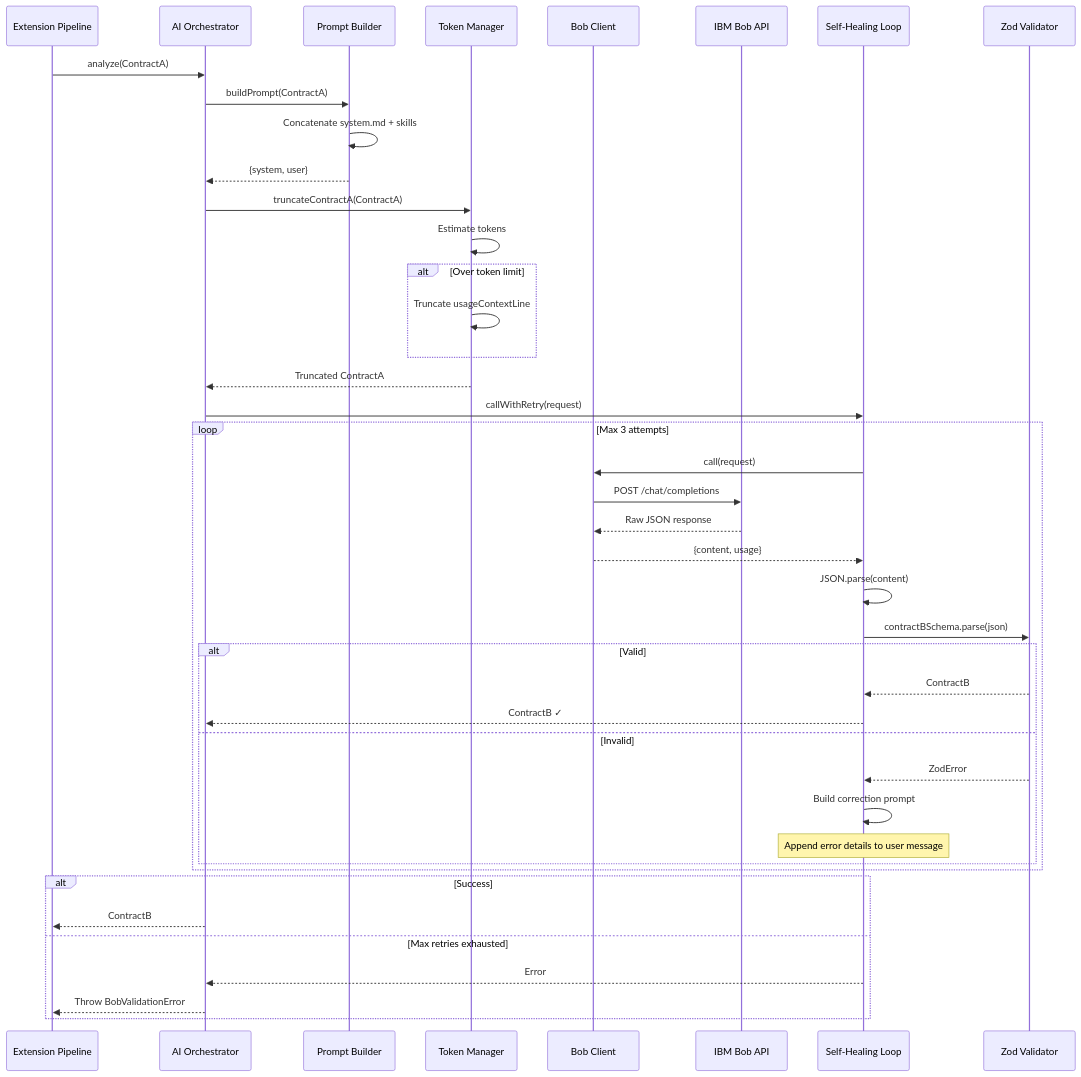
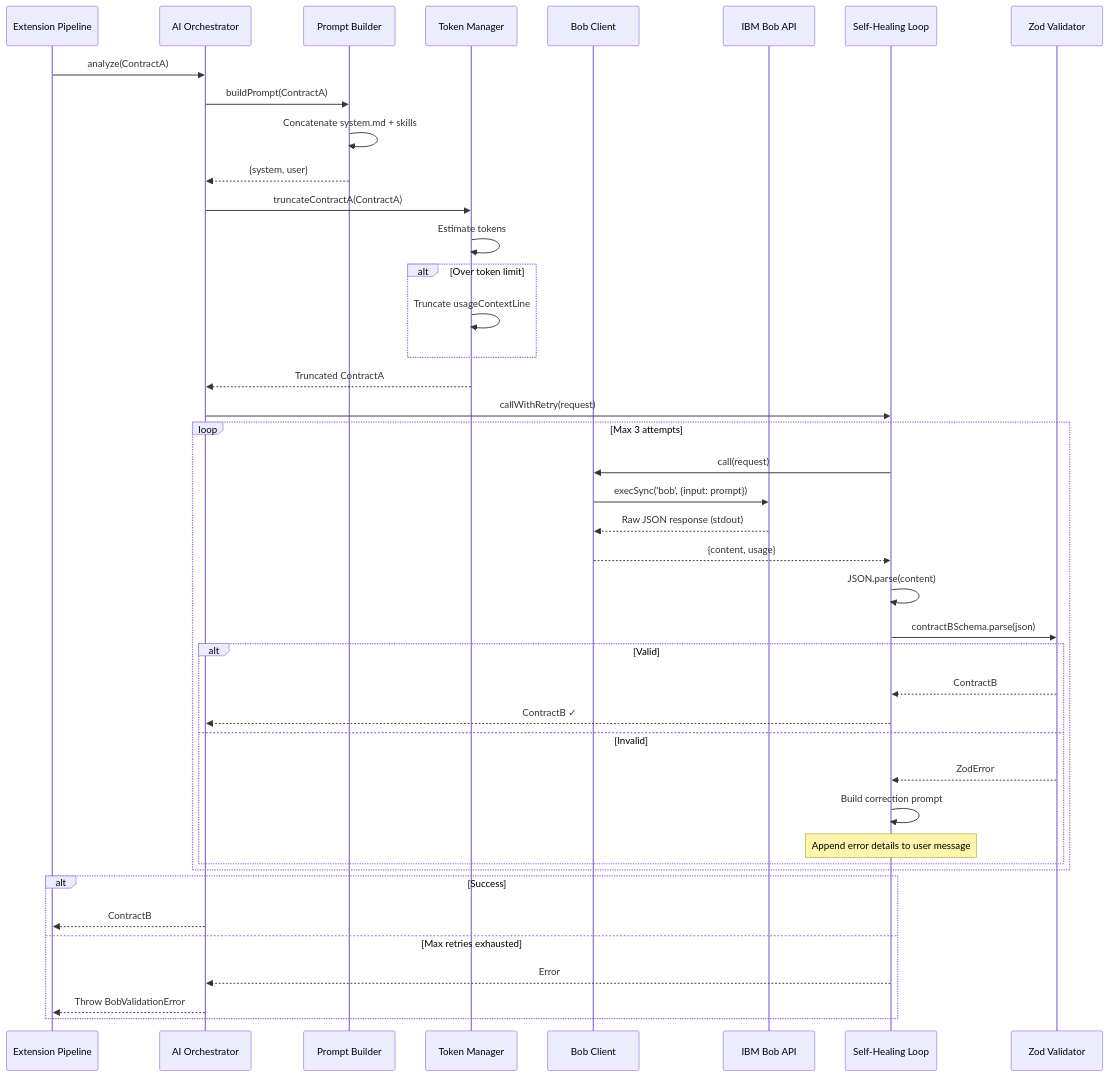
Before and after one commit to ThejithaR/vscode-blast-radius-java: the first of 4 diagrams in ai-orchestrator/docs/ARCHITECTURE.md, drawn with Mermaid. The commit also changed other lines of this file and 15 other files, not shown here.

````diff
--- a/ai-orchestrator/docs/ARCHITECTURE.md
+++ b/ai-orchestrator/docs/ARCHITECTURE.md
@@ -9,51 +9,51 @@
 ```mermaid
 sequenceDiagram
     participant Ext as Extension Pipeline
     participant Orch as AI Orchestrator
     participant PB as Prompt Builder
     participant TM as Token Manager
     participant BC as Bob Client
     participant Bob as IBM Bob API
     participant SH as Self-Healing Loop
     participant Zod as Zod Validator
 
     Ext->>Orch: analyze(ContractA)
     Orch->>PB: buildPrompt(ContractA)
     PB->>PB: Concatenate system.md + skills
     PB-->>Orch: {system, user}
     
     Orch->>TM: truncateContractA(ContractA)
     TM->>TM: Estimate tokens
     alt Over token limit
         TM->>TM: Truncate usageContextLine
     end
     TM-->>Orch: Truncated ContractA
     
     Orch->>SH: callWithRetry(request)
     
     loop Max 3 attempts
         SH->>BC: call(request)
-        BC->>Bob: POST /chat/completions
-        Bob-->>BC: Raw JSON response
+        BC->>Bob: execSync('bob', {input: prompt})
+        Bob-->>BC: Raw JSON response (stdout)
         BC-->>SH: {content, usage}
         
         SH->>SH: JSON.parse(content)
         SH->>Zod: contractBSchema.parse(json)
         
         alt Valid
             Zod-->>SH: ContractB
             SH-->>Orch: ContractB ✓
         else Invalid
             Zod-->>SH: ZodError
             SH->>SH: Build correction prompt
             Note over SH: Append error details to user message
         end
     end
     
     alt Success
         Orch-->>Ext: ContractB
     else Max retries exhausted
         SH-->>Orch: Error
         Orch-->>Ext: Throw BobValidationError
     end
 ```
````
